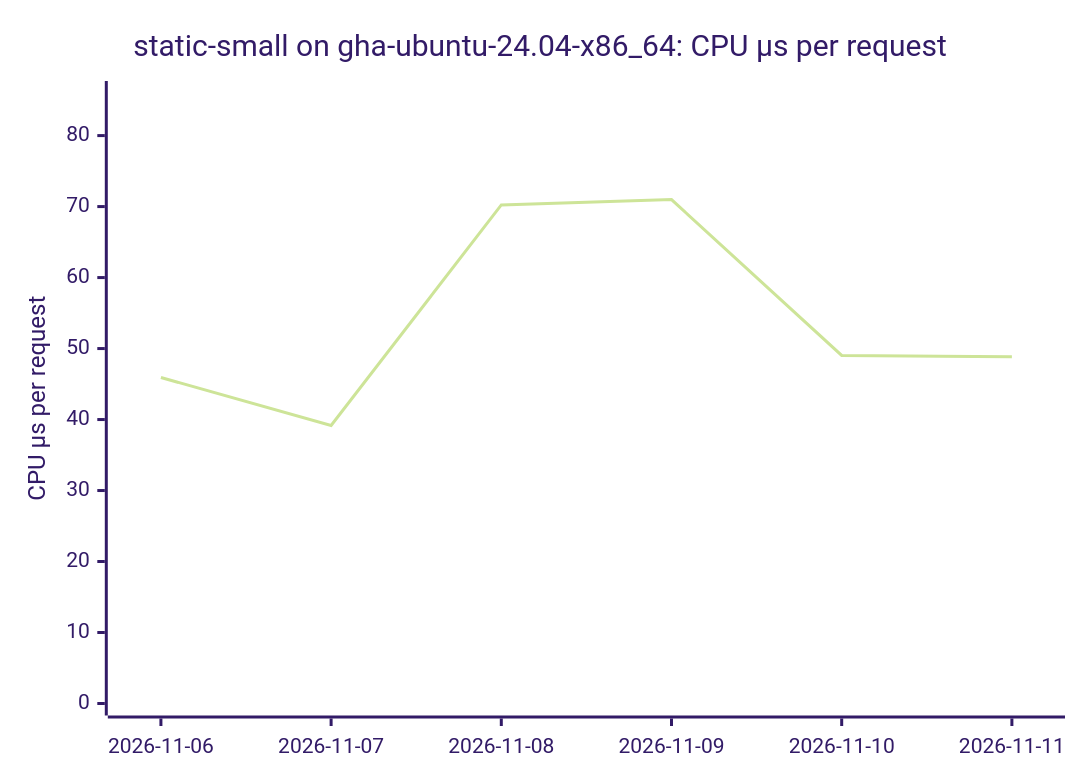
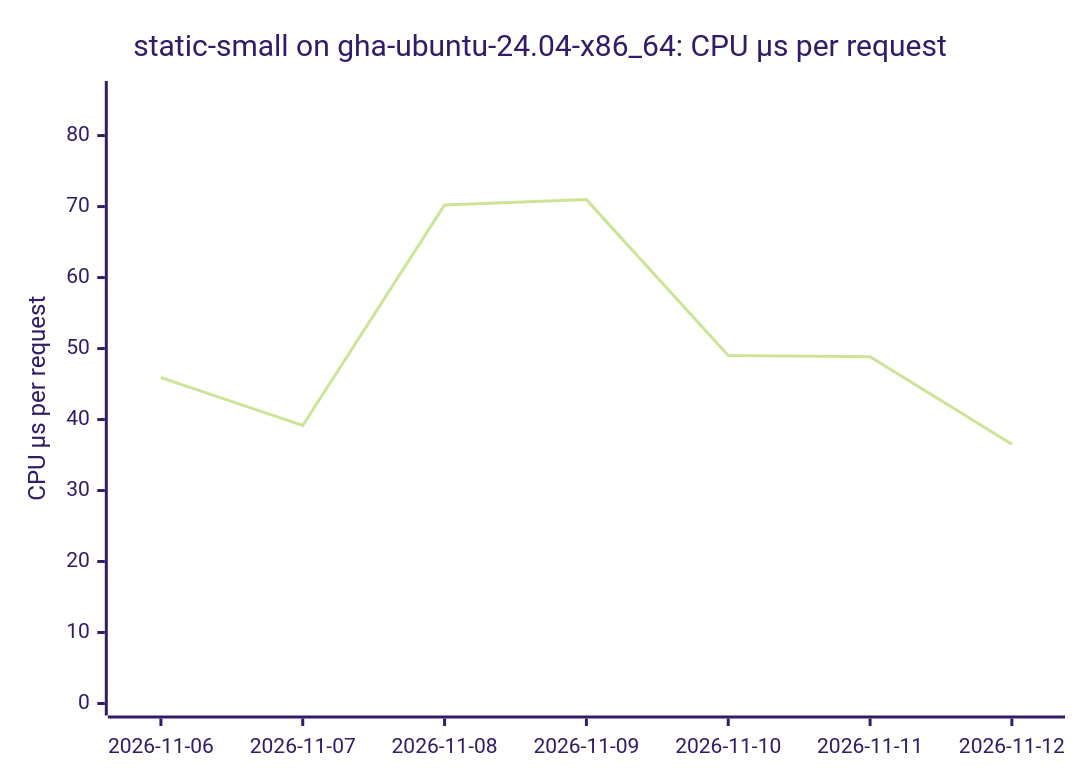
The first of 18 diagrams in BENCHMARKS.md (ThePixelPilgrim/durchlauferhitzer), drawn with Mermaid (forest theme) before and after one commit. The commit also changed other lines of this file and 1 other file, not shown here.

````diff
--- a/BENCHMARKS.md
+++ b/BENCHMARKS.md
@@ -26,7 +26,7 @@
 ```mermaid
 xychart-beta
   title "static-small on gha-ubuntu-24.04-x86_64: CPU µs per request"
-  x-axis ["2026-11-06", "2026-11-07", "2026-11-08", "2026-11-09", "2026-11-10", "2026-11-11"]
+  x-axis ["2026-11-06", "2026-11-07", "2026-11-08", "2026-11-09", "2026-11-10", "2026-11-11", "2026-11-12"]
   y-axis "CPU µs per request" 0 --> 86
-  line [45.92, 39.16, 70.24, 70.98, 49.03, 48.84]
+  line [45.92, 39.16, 70.24, 70.98, 49.03, 48.84, 36.52]
 ```
````
